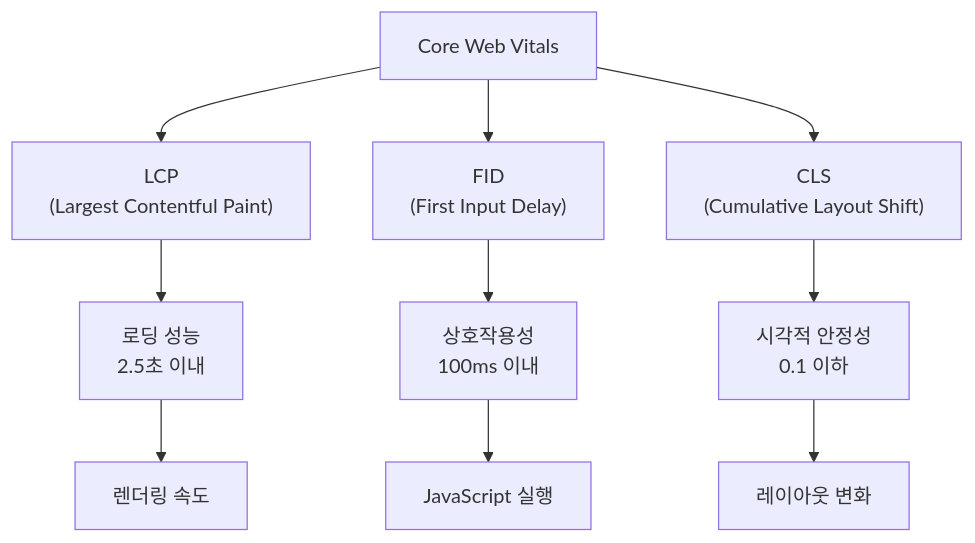
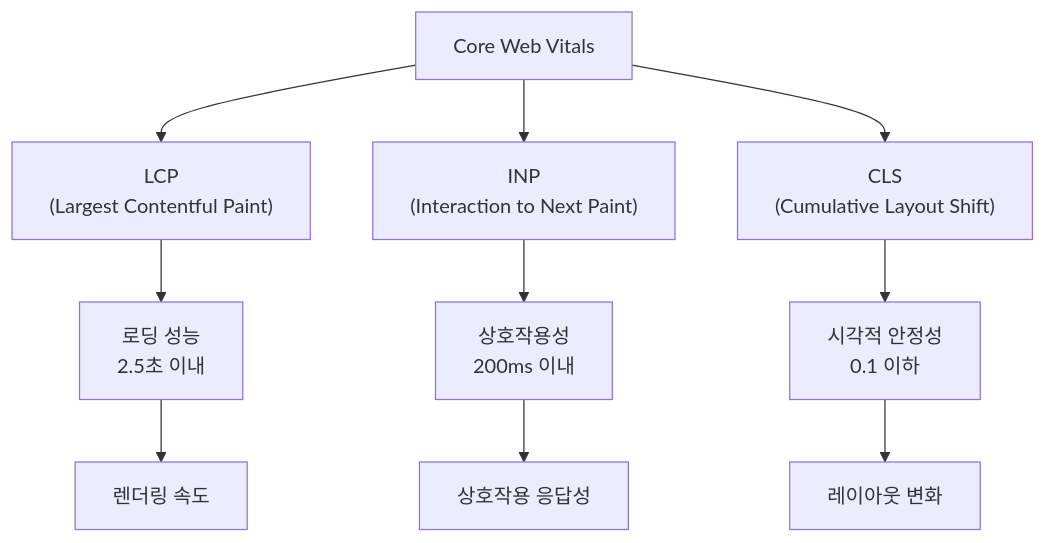
One commit to Book-Study-For-Developer/Javascript-React-Design-Pattern changed the third of 3 diagrams in 안예지/13. 렌더링 패턴/README.md. Above: the diagram before and after it, drawn with Mermaid. The commit also changed other lines of this file, not shown here.

````diff
--- a/안예지/13. 렌더링 패턴/README.md
+++ b/안예지/13. 렌더링 패턴/README.md
@@ -751,14 +790,14 @@
 ```mermaid
 graph TB
     A["Core Web Vitals"] --> B["LCP<br/>(Largest Contentful Paint)"]
-    A --> C["FID<br/>(First Input Delay)"]
+    A --> C["INP<br/>(Interaction to Next Paint)"]
     A --> D["CLS<br/>(Cumulative Layout Shift)"]
     
     B --> E["로딩 성능<br/>2.5초 이내"]
-    C --> F["상호작용성<br/>100ms 이내"]
+    C --> F["상호작용성<br/>200ms 이내"]
     D --> G["시각적 안정성<br/>0.1 이하"]
     
     E --> H["렌더링 속도"]
-    F --> I["JavaScript 실행"]
+    F --> I["상호작용 응답성"]
     G --> J["레이아웃 변화"]
 ```
````
